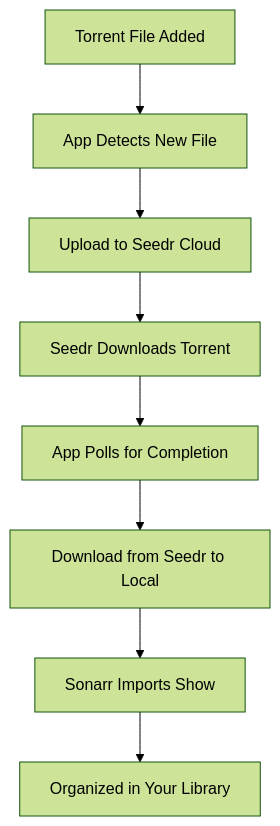
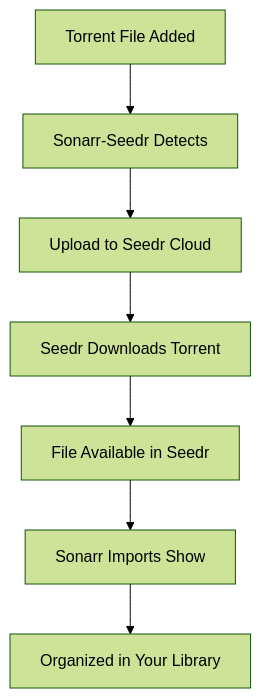
The diagram in Sonarr-plugin/sonarr-plugin/README.md (seedrcc/seedr_extensions_releases), drawn with Mermaid (forest theme) before and after one commit. The commit also changed other lines of this file and 622 other files, not shown here.

````diff
--- a/Sonarr-plugin/sonarr-plugin/README.md
+++ b/Sonarr-plugin/sonarr-plugin/README.md
@@ -47,10 +114,9 @@
 ```mermaid
 graph TD
-    A[Torrent File Added] --> B[App Detects New File]
+    A[Torrent File Added] --> B[Sonarr-Seedr Detects]
     B --> C[Upload to Seedr Cloud]
     C --> D[Seedr Downloads Torrent]
-    D --> E[App Polls for Completion]
-    E --> F[Download from Seedr to Local]
-    F --> G[Sonarr Imports Show]
-    G --> H[Organized in Your Library]
+    D --> E[File Available in Seedr]
+    E --> F[Sonarr Imports Show]
+    F --> G[Organized in Your Library]
 ```
````
